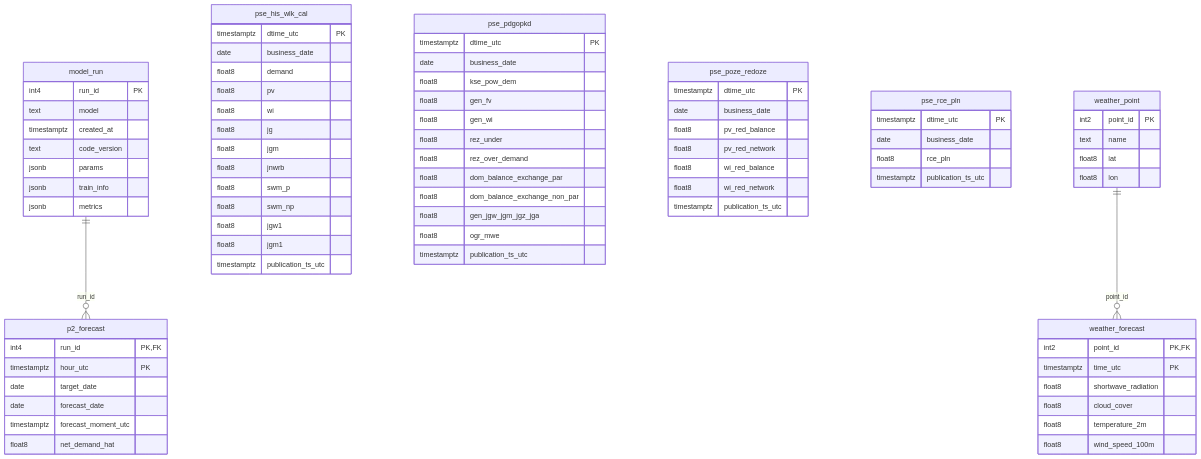
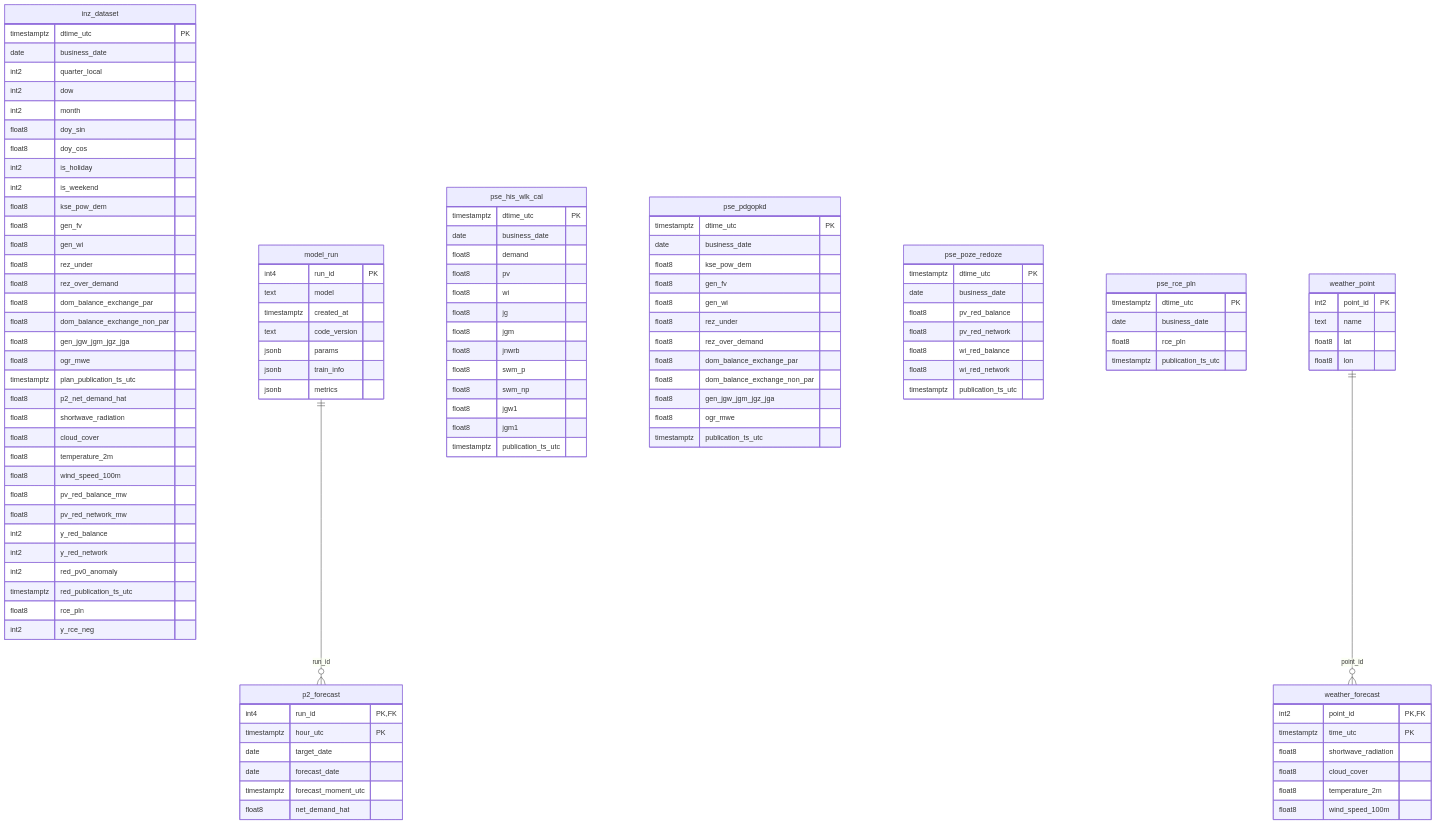
The diagram in docs/erd.md (Poted/kse-forecasting), drawn with Mermaid before and after one commit. The commit also changed other lines of this file and 14 other files, not shown here.

First line of the commit message:
I1: zbiór uczący inż (inz_dataset), cele, testy braku przecieku, statystyki

````diff
--- a/docs/erd.md
+++ b/docs/erd.md
@@ -7,5 +7,39 @@
 ```mermaid
 erDiagram
+    inz_dataset {
+        timestamptz dtime_utc PK
+        date business_date
+        int2 quarter_local
+        int2 dow
+        int2 month
+        float8 doy_sin
+        float8 doy_cos
+        int2 is_holiday
+        int2 is_weekend
+        float8 kse_pow_dem
+        float8 gen_fv
+        float8 gen_wi
+        float8 rez_under
+        float8 rez_over_demand
+        float8 dom_balance_exchange_par
+        float8 dom_balance_exchange_non_par
+        float8 gen_jgw_jgm_jgz_jga
+        float8 ogr_mwe
+        timestamptz plan_publication_ts_utc
+        float8 p2_net_demand_hat
+        float8 shortwave_radiation
+        float8 cloud_cover
+        float8 temperature_2m
+        float8 wind_speed_100m
+        float8 pv_red_balance_mw
+        float8 pv_red_network_mw
+        int2 y_red_balance
+        int2 y_red_network
+        int2 red_pv0_anomaly
+        timestamptz red_publication_ts_utc
+        float8 rce_pln
+        int2 y_rce_neg
+    }
     model_run {
         int4 run_id PK
         text model
````
